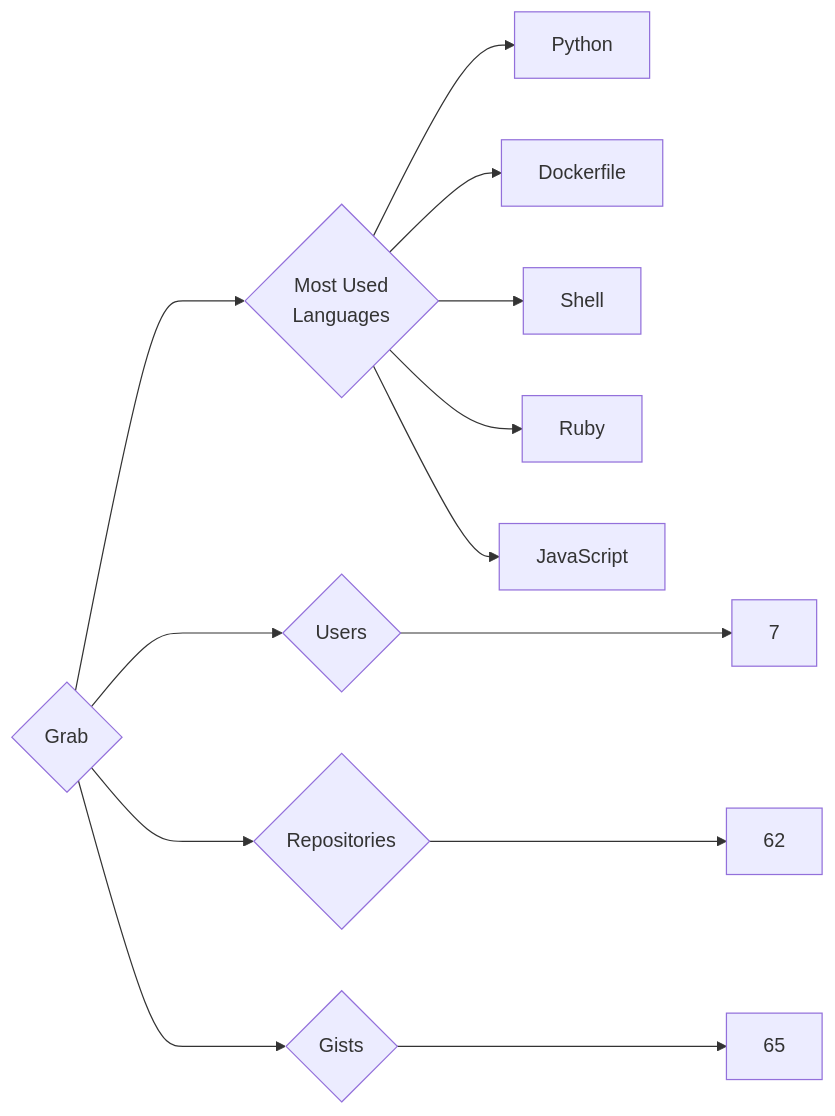
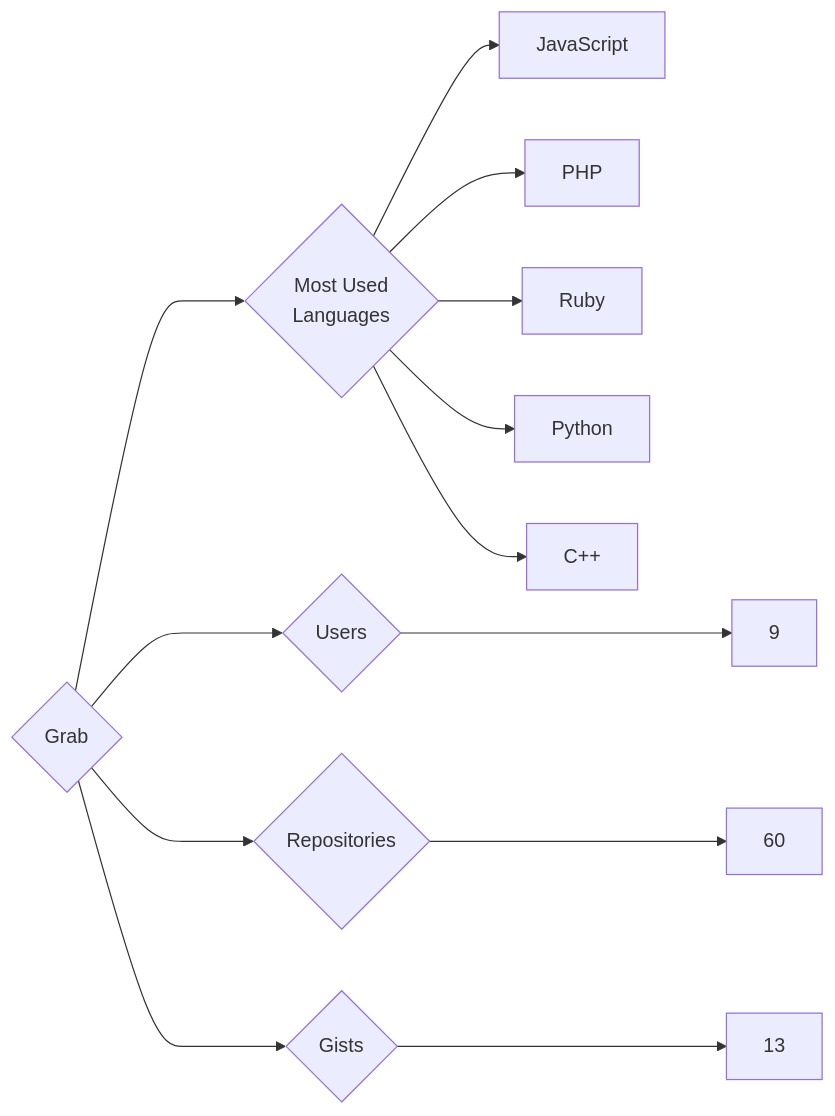
Before and after one commit to trickest/insiders: the diagram in targets/Grab/README.md, drawn with Mermaid. The commit also changed 757 other files, not shown here.

````diff
--- a/targets/Grab/README.md
+++ b/targets/Grab/README.md
@@ -3,13 +3,13 @@
 ```mermaid
 graph LR
 COMPANY_NAME{Grab}
-COMPANY_NAME ---> U{Users} ---> UN[7]
-COMPANY_NAME ---> R{Repositories} ---> RN[62]
-COMPANY_NAME ---> G{Gists} ---> GN[65]
+COMPANY_NAME ---> U{Users} ---> UN[9]
+COMPANY_NAME ---> R{Repositories} ---> RN[60]
+COMPANY_NAME ---> G{Gists} ---> GN[13]
 COMPANY_NAME ---> ML{Most Used<br>Languages}
+ML --> JavaScript[JavaScript]
+ML --> PHP[PHP]
+ML --> Ruby[Ruby]
 ML --> Python[Python]
-ML --> Dockerfile[Dockerfile]
-ML --> Shell[Shell]
-ML --> Ruby[Ruby]
-ML --> JavaScript[JavaScript]
+ML --> C++[C++]
 ```
````
